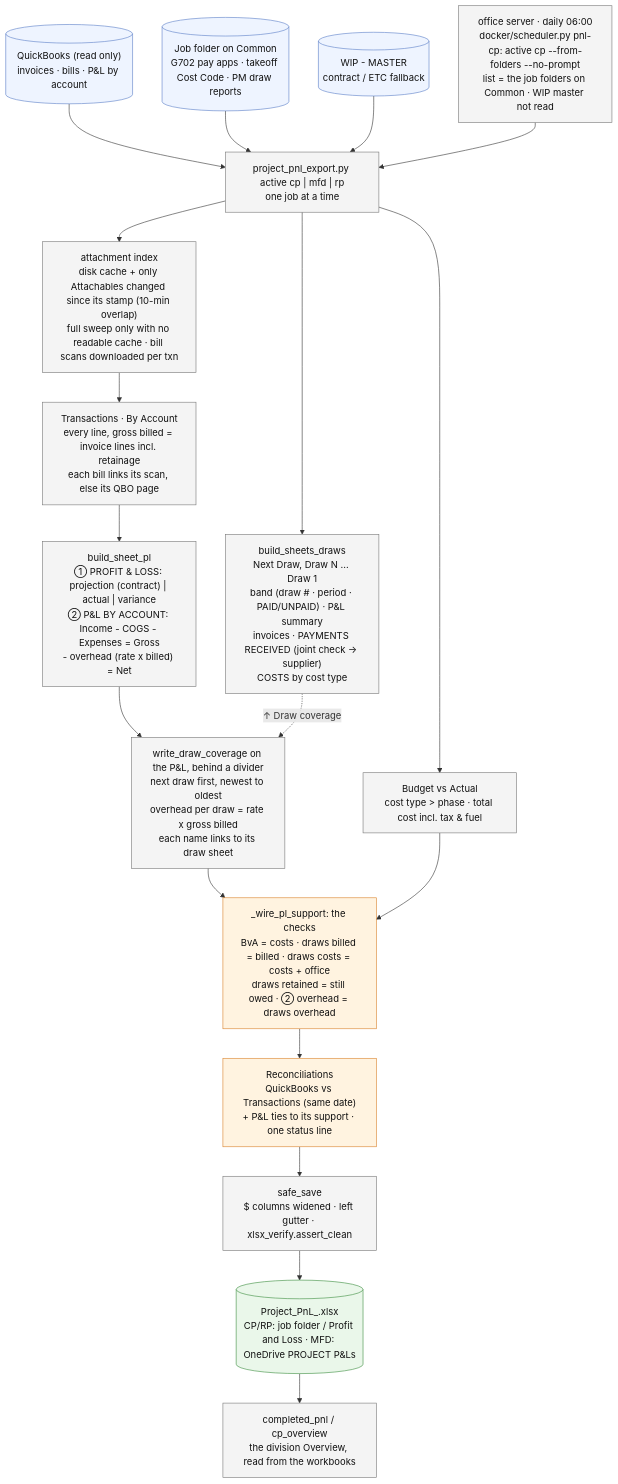
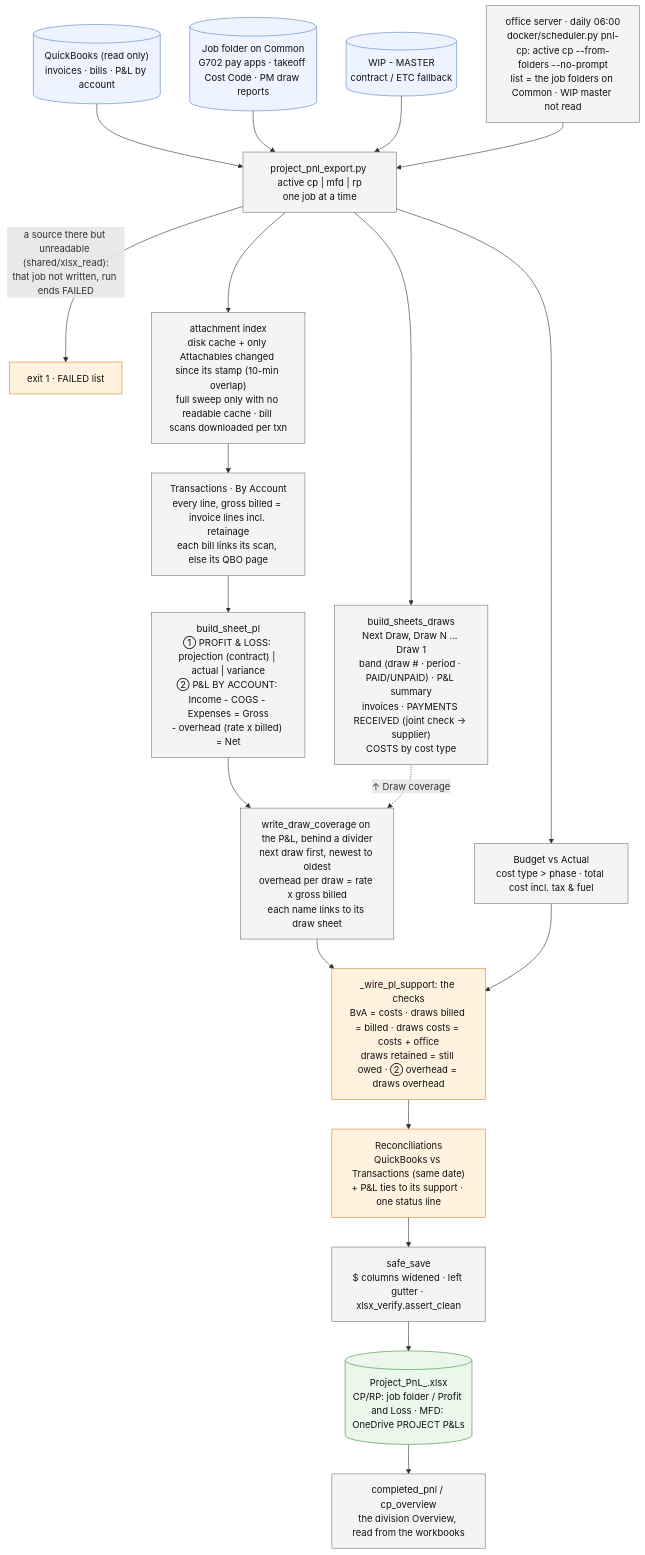
One commit to Ecarlo-Proficient/Claude-Report changed the diagram in project-pnl/FLOW.md. Above: the diagram before and after it, drawn with Mermaid. The commit also changed other lines of this file and 18 other files, not shown here.

````diff
--- a/project-pnl/FLOW.md
+++ b/project-pnl/FLOW.md
@@ -12,27 +12,28 @@
 ```mermaid
 flowchart TD
     classDef src fill:#eef4ff,stroke:#5b7fc7,color:#111
     classDef tool fill:#f4f4f4,stroke:#777,color:#111
     classDef gate fill:#fff3e0,stroke:#d9822b,color:#111
     classDef out fill:#eaf7ea,stroke:#3c8d40,color:#111
 
     QBO[("QuickBooks (read only)<br/>invoices · bills · P&L by account")]:::src
     DOCS[("Job folder on Common<br/>G702 pay apps · takeoff Cost Code · PM draw reports")]:::src
     WIP[("WIP - MASTER<br/>contract / ETC fallback")]:::src
     QBO & DOCS & WIP --> GEN["project_pnl_export.py active cp | mfd | rp<br/>one job at a time"]:::tool
+    GEN -- "a source there but unreadable (shared/xlsx_read):<br/>that job not written, run ends FAILED" --> FAIL["exit 1 · FAILED list"]:::gate
     SRV["office server · daily 06:00<br/>docker/scheduler.py pnl-cp: active cp --from-folders --no-prompt<br/>list = the job folders on Common · WIP master not read"]:::tool --> GEN
 
     GEN --> ATT["attachment index<br/>disk cache + only Attachables changed since its stamp (10-min overlap)<br/>full sweep only with no readable cache · bill scans downloaded per txn"]:::tool
     ATT --> TX["Transactions · By Account<br/>every line, gross billed = invoice lines incl. retainage<br/>each bill links its scan, else its QBO page"]:::tool
     GEN --> DRW["build_sheets_draws<br/>Next Draw, Draw N ... Draw 1<br/>band (draw # · period · PAID/UNPAID) · P&L summary<br/>invoices · PAYMENTS RECEIVED (joint check -> supplier)<br/>COSTS by cost type"]:::tool
     GEN --> BVA["Budget vs Actual<br/>cost type > phase · total cost incl. tax & fuel"]:::tool
     TX --> PL["build_sheet_pl<br/>① PROFIT & LOSS: projection (contract) | actual | variance<br/>② P&L BY ACCOUNT: Income - COGS - Expenses = Gross<br/>- overhead (rate x billed) = Net"]:::tool
     PL --> COV["write_draw_coverage on the P&L, behind a divider<br/>next draw first, newest to oldest<br/>overhead per draw = rate x gross billed<br/>each name links to its draw sheet"]:::tool
     DRW -. "↑ Draw coverage" .-> COV
     COV --> CHK["_wire_pl_support: the checks<br/>BvA = costs · draws billed = billed · draws costs = costs + office<br/>draws retained = still owed · ② overhead = draws overhead"]:::gate
     BVA --> CHK
     CHK --> REC["Reconciliations<br/>QuickBooks vs Transactions (same date)<br/>+ P&L ties to its support · one status line"]:::gate
     REC --> SAVE["safe_save<br/>$ columns widened · left gutter · xlsx_verify.assert_clean"]:::tool
     SAVE --> OUT[("Project_PnL_<job>.xlsx<br/>CP/RP: job folder / Profit and Loss · MFD: OneDrive PROJECT P&Ls")]:::out
     OUT --> OV["completed_pnl / cp_overview<br/>the division Overview, read from the workbooks"]:::tool
 ```
````
